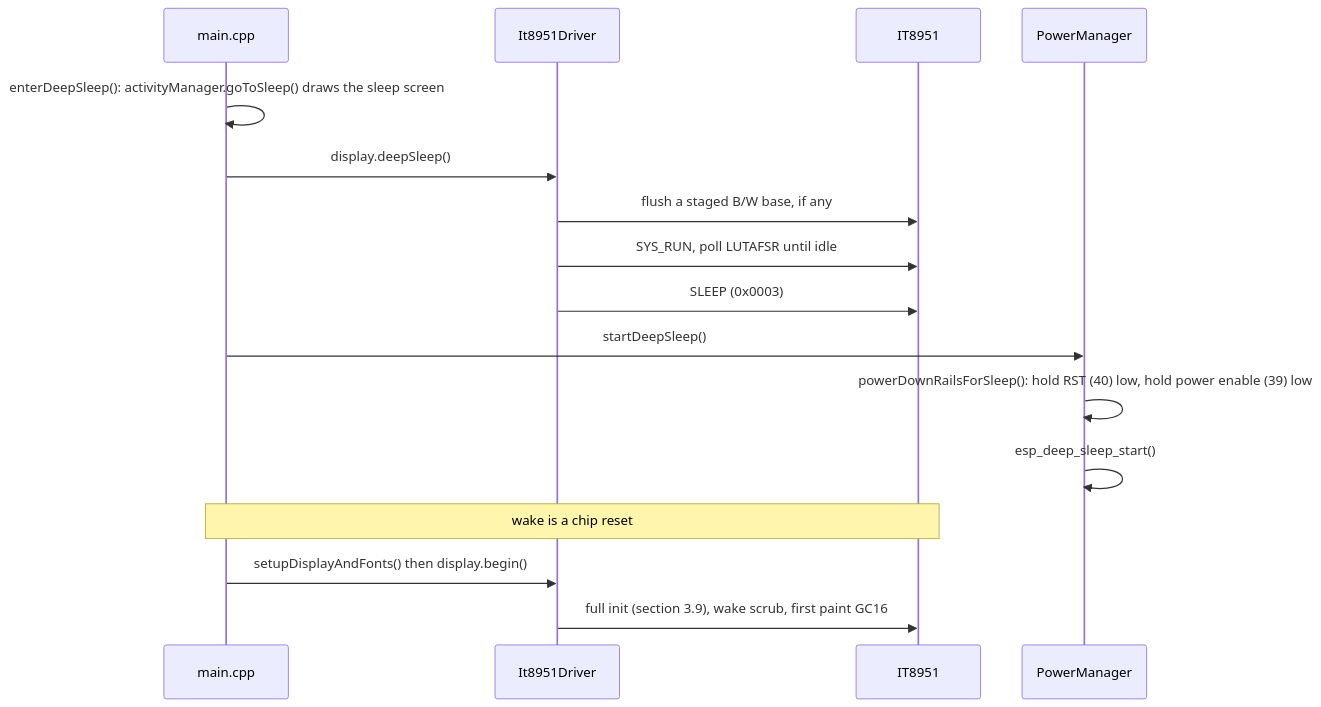
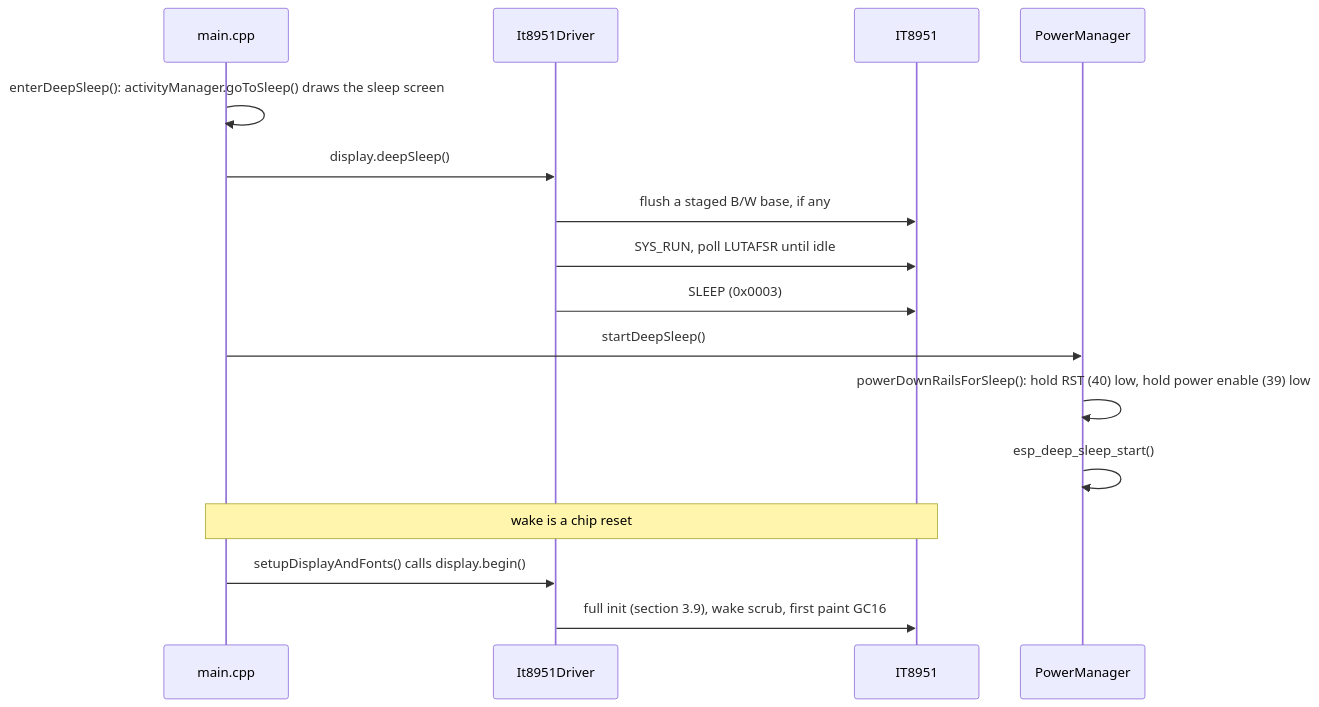
One commit to SaiduthE/e-Minimal changed the fifth of 6 diagrams in docs/eminimal/02-display-pipeline.md. Above: the diagram before and after it, drawn with Mermaid. The commit also changed other lines of this file and 6 other files, not shown here.

````diff
--- a/docs/eminimal/02-display-pipeline.md
+++ b/docs/eminimal/02-display-pipeline.md
@@ -522,19 +523,19 @@
 ```mermaid
 sequenceDiagram
     participant M as main.cpp
     participant D as It8951Driver
     participant C as IT8951
     participant PM as PowerManager
 
     M->>M: enterDeepSleep(): activityManager.goToSleep() draws the sleep screen
     M->>D: display.deepSleep()
     D->>C: flush a staged B/W base, if any
     D->>C: SYS_RUN, poll LUTAFSR until idle
     D->>C: SLEEP (0x0003)
     M->>PM: startDeepSleep()
     PM->>PM: powerDownRailsForSleep(): hold RST (40) low, hold power enable (39) low
     PM->>PM: esp_deep_sleep_start()
     Note over M,C: wake is a chip reset
-    M->>D: setupDisplayAndFonts() then display.begin()
+    M->>D: setupDisplayAndFonts() calls display.begin()
     D->>C: full init (section 3.9), wake scrub, first paint GC16
 ```
````
